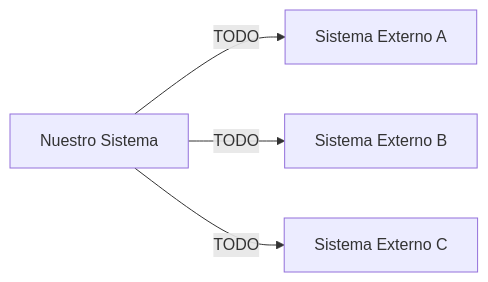
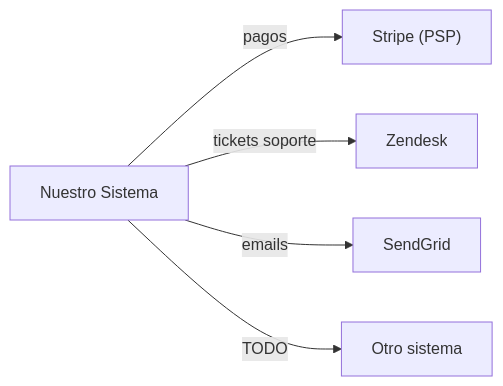
Before and after one commit to AndresGilabert/terrenario: the diagram in docs/06-integraciones/vision-general.md, drawn with Mermaid. The commit also changed other lines of this file and 32 other files, not shown here.

````diff
--- a/docs/06-integraciones/vision-general.md
+++ b/docs/06-integraciones/vision-general.md
@@ -21,6 +19,7 @@
 ```mermaid
 flowchart LR
-    sistema["Nuestro Sistema"] -->|"TODO"| externo_a["Sistema Externo A"]
-    sistema -->|"TODO"| externo_b["Sistema Externo B"]
-    sistema -->|"TODO"| externo_c["Sistema Externo C"]
+    sistema["Nuestro Sistema"] -->|"pagos"| stripe["Stripe (PSP)"]
+    sistema -->|"tickets soporte"| zendesk["Zendesk"]
+    sistema -->|"emails"| sendgrid["SendGrid"]
+    sistema -->|"TODO"| otro["Otro sistema"]
 ```
````
